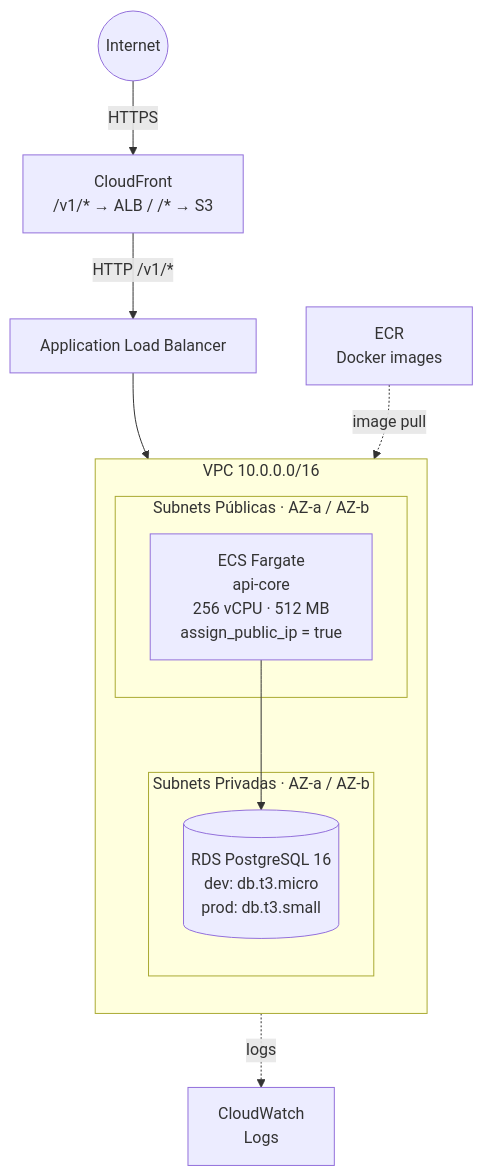
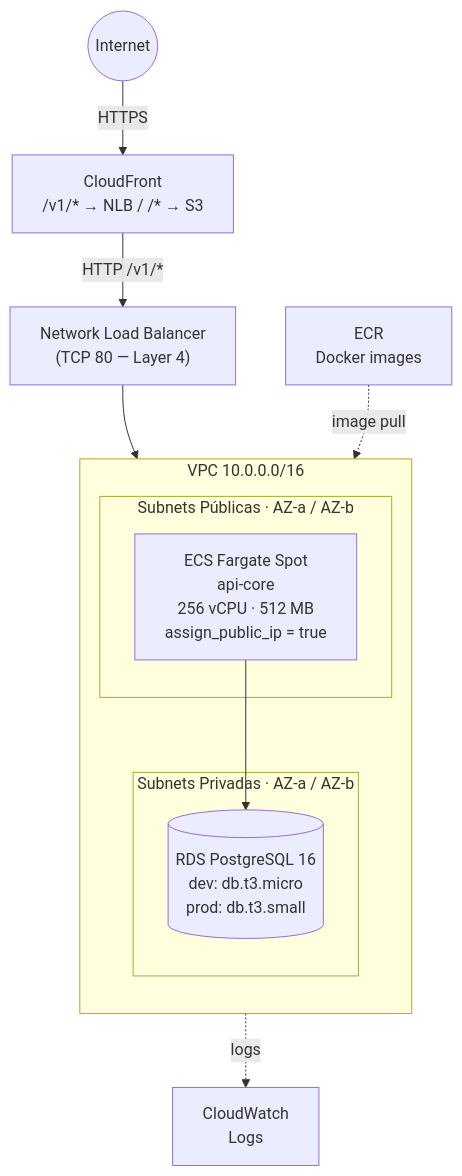
One commit to gercenioxsilva/erp-lite changed the second of 2 diagrams in README.md. Above: the diagram before and after it, drawn with Mermaid. The commit also changed other lines of this file and 5 other files, not shown here.

First line of the commit message:
infra(cost): replace ALB with NLB + Fargate Spot (~$11-14/month savings)

````diff
--- a/README.md
+++ b/README.md
@@ -148,24 +163,24 @@
 ```mermaid
 flowchart TD
     internet(("Internet"))
-    internet -->|HTTPS| cf["CloudFront\n/v1/* → ALB  /  /* → S3"]
-    cf -->|HTTP /v1/*| alb["Application Load Balancer"]
+    internet -->|HTTPS| cf["CloudFront\n/v1/* → NLB  /  /* → S3"]
+    cf -->|HTTP /v1/*| alb["Network Load Balancer\n(TCP 80 — Layer 4)"]
 
     subgraph vpc["VPC  10.0.0.0/16"]
         direction TB
         subgraph pub["Subnets Públicas  ·  AZ-a / AZ-b"]
-            ecs["ECS Fargate\napi-core\n256 vCPU · 512 MB\nassign_public_ip = true"]
+            ecs["ECS Fargate Spot\napi-core\n256 vCPU · 512 MB\nassign_public_ip = true"]
         end
         subgraph priv["Subnets Privadas  ·  AZ-a / AZ-b"]
             rds[("RDS PostgreSQL 16\ndev: db.t3.micro\nprod: db.t3.small")]
         end
     end
 
     ecr["ECR\nDocker images"]
     cw["CloudWatch\nLogs"]
 
     alb --> ecs
     ecs --> rds
     ecr -.->|image pull| ecs
     ecs -.->|logs| cw
 ```
````
